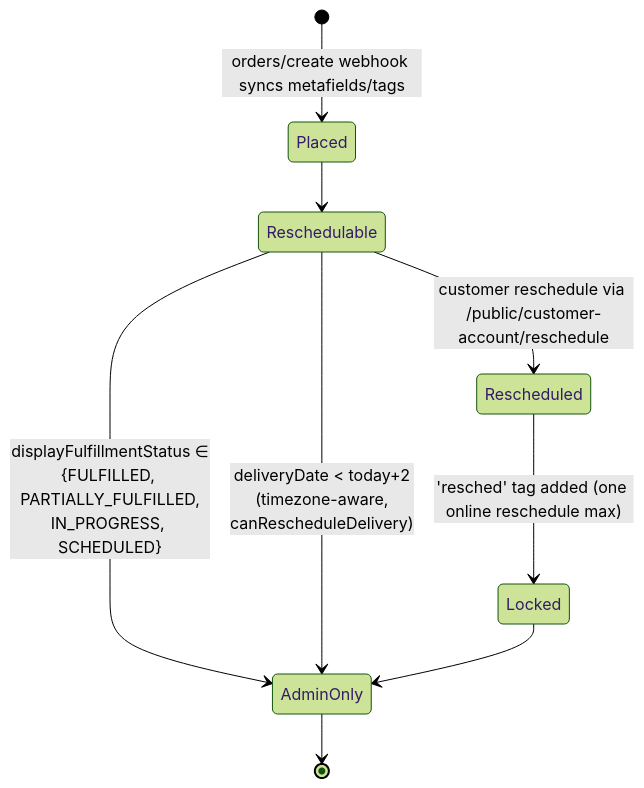
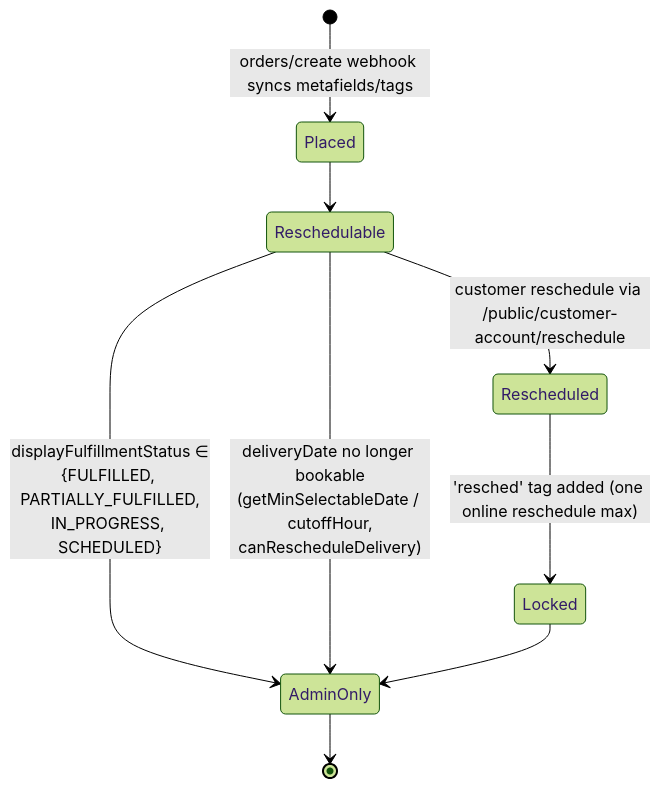
The third of 3 diagrams in docs/api.md (flwrdev/delivery-scheduler), drawn with Mermaid (forest theme) before and after one commit. The commit also changed other lines of this file and 4 other files, not shown here.

````diff
--- a/docs/api.md
+++ b/docs/api.md
@@ -312,11 +312,11 @@
 ```mermaid
 stateDiagram-v2
     [*] --> Placed: orders/create webhook syncs metafields/tags
     Placed --> Reschedulable
     Reschedulable --> Rescheduled: customer reschedule via /public/customer-account/reschedule
     Rescheduled --> Locked: 'resched' tag added (one online reschedule max)
     Reschedulable --> AdminOnly: displayFulfillmentStatus ∈<br/>{FULFILLED, PARTIALLY_FULFILLED,<br/>IN_PROGRESS, SCHEDULED}
-    Reschedulable --> AdminOnly: deliveryDate < today+2<br/>(timezone-aware,<br/>canRescheduleDelivery)
+    Reschedulable --> AdminOnly: deliveryDate no longer bookable<br/>(getMinSelectableDate / cutoffHour,<br/>canRescheduleDelivery)
     Locked --> AdminOnly
     AdminOnly --> [*]
 ```
````
